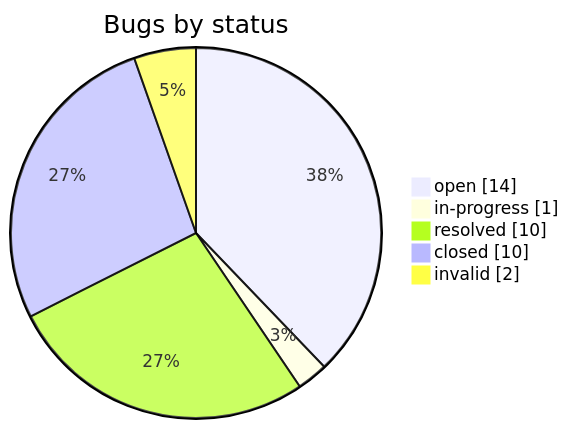
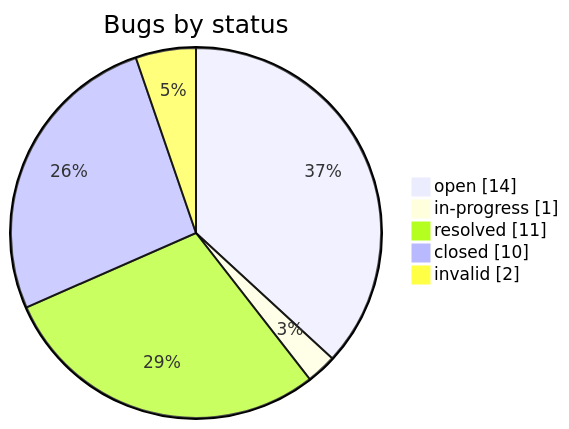
One commit to iammaxsu/automatic-testing-architecture changed the second of 2 diagrams in STATUS.md. Above: the diagram before and after it, drawn with Mermaid. The commit also changed other lines of this file and 4 other files, not shown here.

````diff
--- a/STATUS.md
+++ b/STATUS.md
@@ -166,8 +166,8 @@
 ```mermaid
 pie showData title Bugs by status
     "open" : 14
     "in-progress" : 1
-    "resolved" : 10
+    "resolved" : 11
     "closed" : 10
     "invalid" : 2
 ```
````
